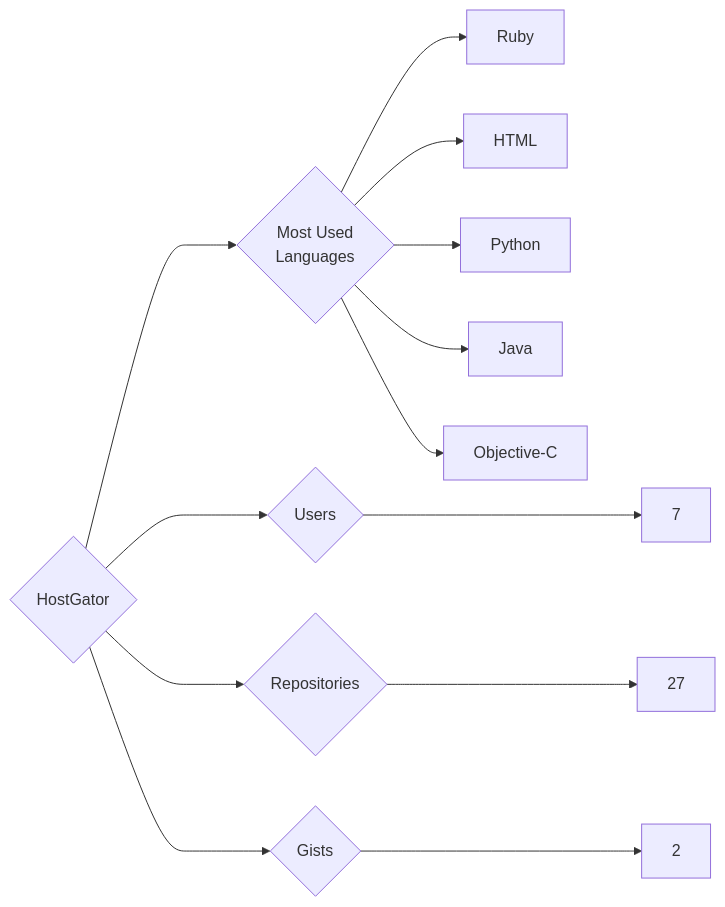
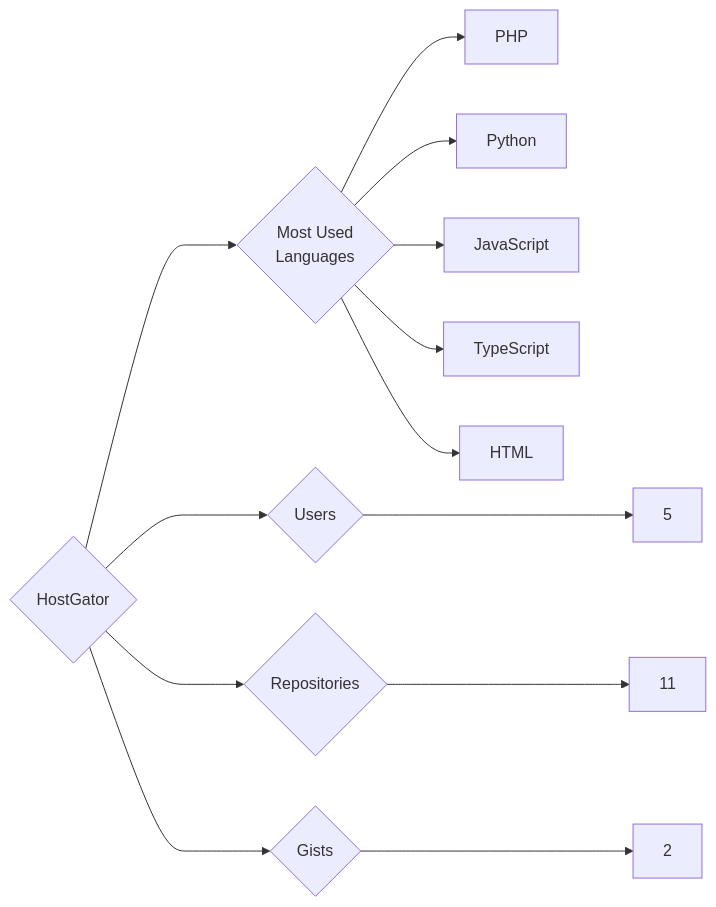
One commit to trickest/insiders changed the diagram in targets/HostGator/README.md. Above: the diagram before and after it, drawn with Mermaid. The commit also changed 1036 other files, not shown here.

````diff
--- a/targets/HostGator/README.md
+++ b/targets/HostGator/README.md
@@ -3,13 +3,13 @@
 ```mermaid
 graph LR
 COMPANY_NAME{HostGator}
-COMPANY_NAME ---> U{Users} ---> UN[7]
-COMPANY_NAME ---> R{Repositories} ---> RN[27]
+COMPANY_NAME ---> U{Users} ---> UN[5]
+COMPANY_NAME ---> R{Repositories} ---> RN[11]
 COMPANY_NAME ---> G{Gists} ---> GN[2]
 COMPANY_NAME ---> ML{Most Used<br>Languages}
-ML --> Ruby[Ruby]
+ML --> PHP[PHP]
+ML --> Python[Python]
+ML --> JavaScript[JavaScript]
+ML --> TypeScript[TypeScript]
 ML --> HTML[HTML]
-ML --> Python[Python]
-ML --> Java[Java]
-ML --> Objective-C[Objective-C]
 ```
````
